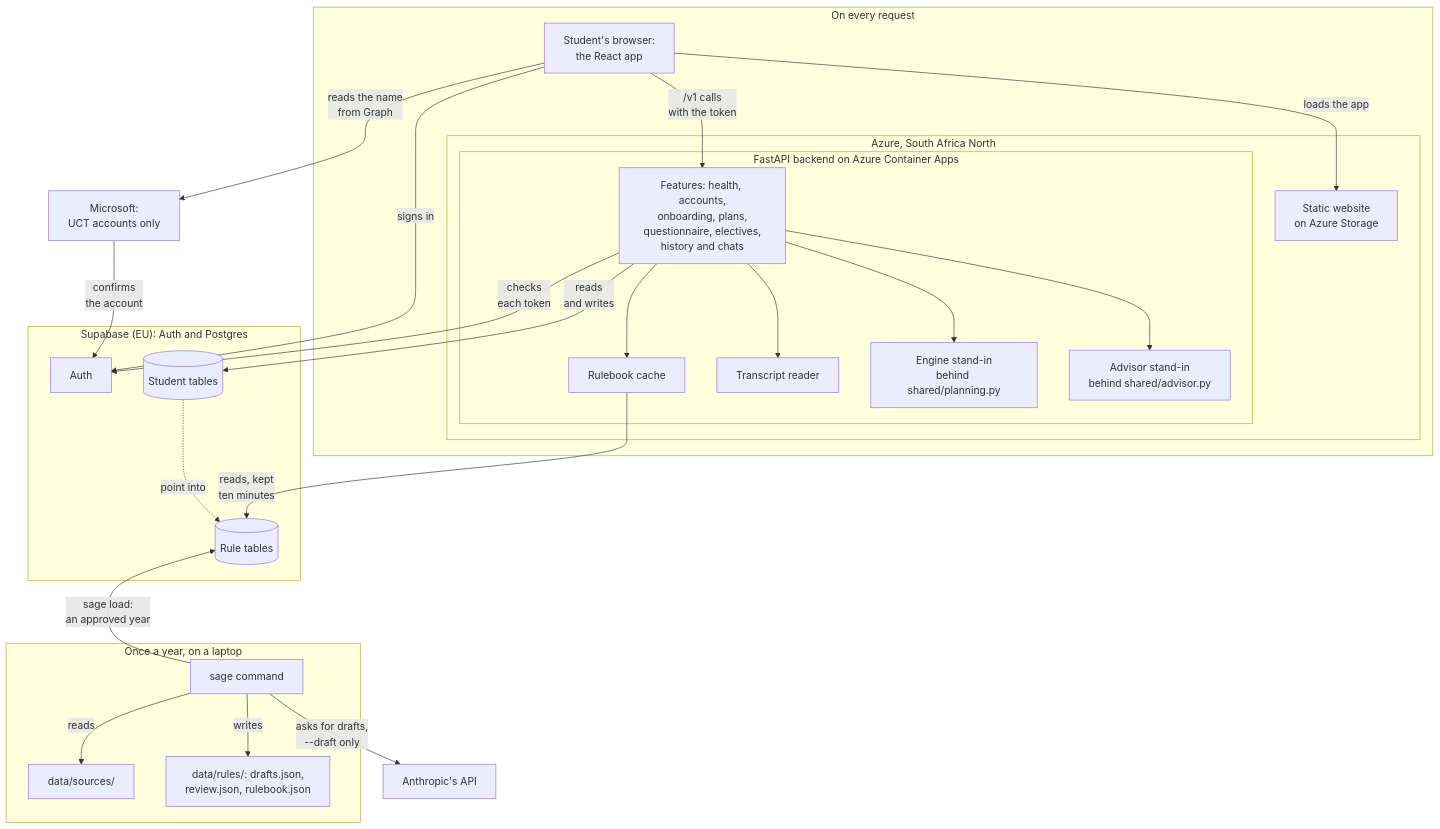
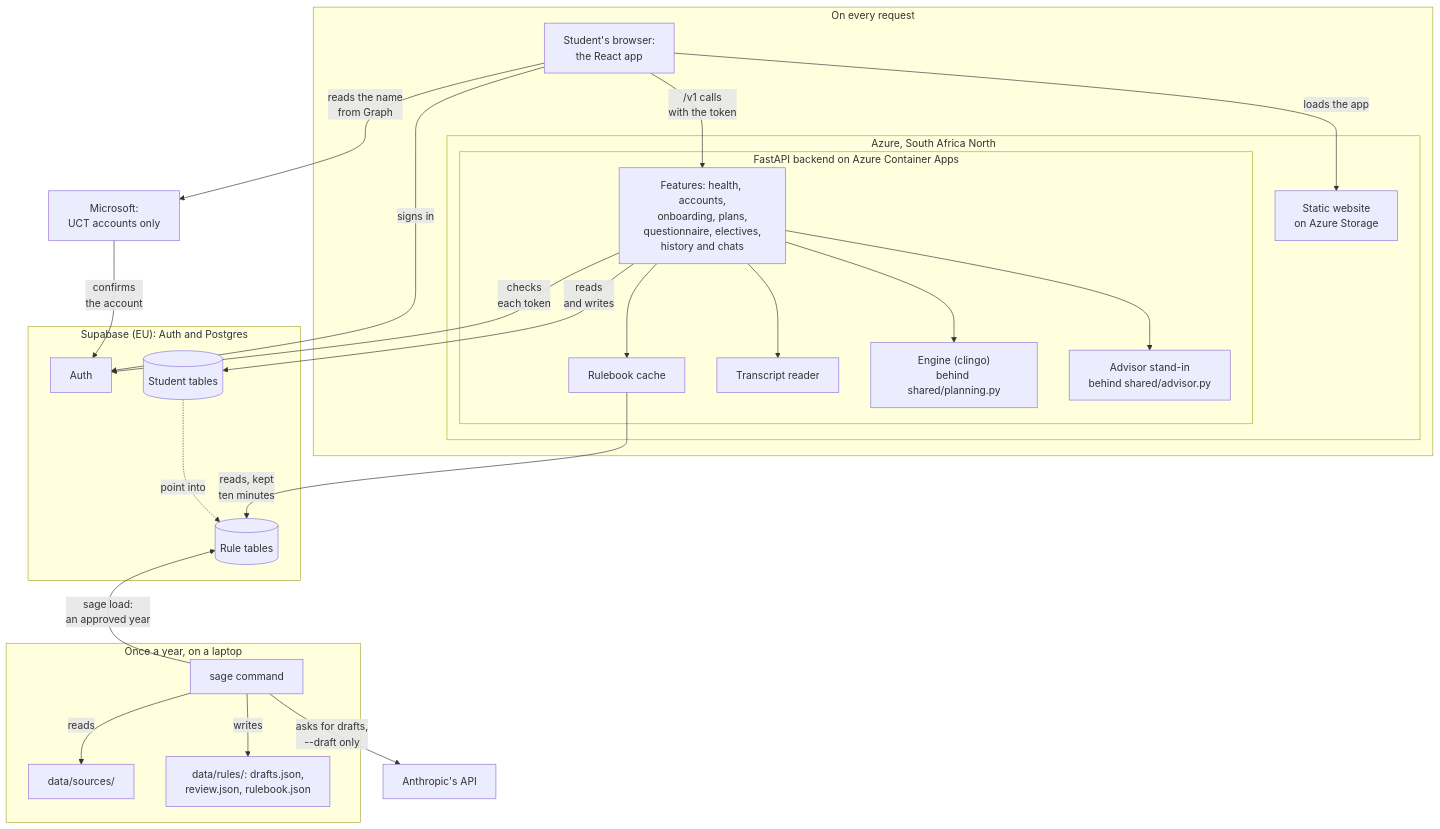
One commit to BumeMxenge/SAGE changed the first of 3 diagrams in docs/architecture.md. Above: the diagram before and after it, drawn with Mermaid. The commit also changed other lines of this file and 3 other files, not shown here.

````diff
--- a/docs/architecture.md
+++ b/docs/architecture.md
@@ -30,45 +30,45 @@
 ```mermaid
 flowchart TB
     subgraph request["On every request"]
         browser["Student's browser:<br>the React app"]
         subgraph azure["Azure, South Africa North"]
             website["Static website<br>on Azure Storage"]
             subgraph backend["FastAPI backend on Azure Container Apps"]
                 features["Features: health, accounts,<br>onboarding, plans,<br>questionnaire, electives,<br>history and chats"]
                 rulebook["Rulebook cache"]
                 transcript["Transcript reader"]
-                engine["Engine stand-in<br>behind shared/planning.py"]
+                engine["Engine (clingo)<br>behind shared/planning.py"]
                 advisor["Advisor stand-in<br>behind shared/advisor.py"]
             end
         end
     end
     subgraph supabase["Supabase (EU): Auth and Postgres"]
         auth["Auth"]
         rules[("Rule tables")]
         students[("Student tables")]
     end
     subgraph laptop["Once a year, on a laptop"]
         sage["sage command"]
         sources["data/sources/"]
         ruleFiles["data/rules/: drafts.json,<br>review.json, rulebook.json"]
     end
     microsoft["Microsoft:<br>UCT accounts only"]
     anthropic["Anthropic's API"]
 
     browser -->|"loads the app"| website
     browser -->|"signs in"| auth
     browser -->|"reads the name<br>from Graph"| microsoft
     microsoft -->|"confirms<br>the account"| auth
     browser -->|"/v1 calls<br>with the token"| features
     features -->|"checks<br>each token"| auth
     features --> rulebook & transcript & engine & advisor
     rulebook -->|"reads, kept<br>ten minutes"| rules
     features -->|"reads<br>and writes"| students
     students -.->|"point into"| rules
     sage -->|"reads"| sources
     sage -->|"asks for drafts,<br>--draft only"| anthropic
     sage -->|"writes"| ruleFiles
     sage -->|"sage load:<br>an approved year"| rules
     %% Keeps the laptop lane under Supabase, where the two clocks meet
     rules ~~~ sage
 ```
````
